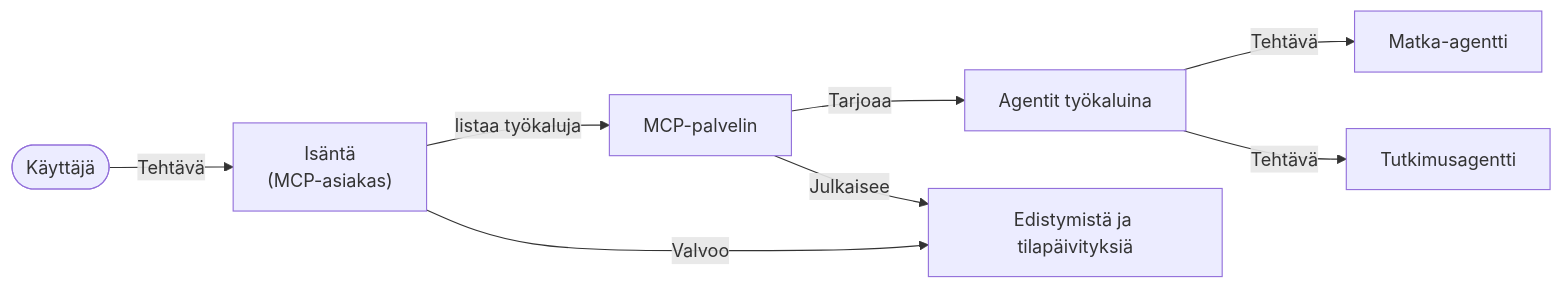
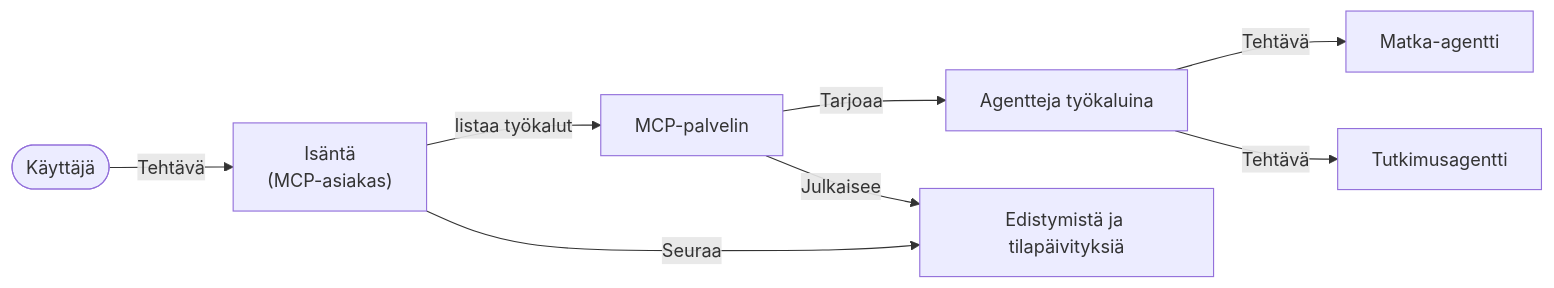
One commit to gabrielmoreira/agent-skills-mirror changed the fifth of 5 diagrams in mirrors/repos/microsoft@ai-agents-for-beginners/translations/fi/11-agentic-protocols/code_samples/mcp-agents/README.md. Above: the diagram before and after it, drawn with Mermaid. The commit also changed other lines of this file and 4262 other files, not shown here.

````diff
--- a/mirrors/repos/microsoft@ai-agents-for-beginners/translations/fi/11-agentic-protocols/code_samples/mcp-agents/README.md
+++ b/mirrors/repos/microsoft@ai-agents-for-beginners/translations/fi/11-agentic-protocols/code_samples/mcp-agents/README.md
@@ -433,15 +448,15 @@
 ```mermaid
 graph LR
     User([Käyttäjä]) -->|"Tehtävä"| Host["Isäntä<br/>(MCP-asiakas)"]
-    Host -->|listaa työkaluja| Server[MCP-palvelin]
-    Server -->|Tarjoaa| AgentsTools[Agentit työkaluina]
+    Host -->|listaa työkalut| Server[MCP-palvelin]
+    Server -->|Tarjoaa| AgentsTools[Agentteja työkaluina]
     AgentsTools -->|Tehtävä| AgentA[Matka-agentti]
     AgentsTools -->|Tehtävä| AgentB[Tutkimusagentti]
 
-    Host -->|Valvoo| StateUpdates[Edistymistä ja tilapäivityksiä]
+    Host -->|Seuraa| StateUpdates[Edistymistä ja tilapäivityksiä]
     Server -->|Julkaisee| StateUpdates
 
     class User user;
     class AgentA,AgentB agent;
     class Host,Server,StateUpdates core;
 ```
````
